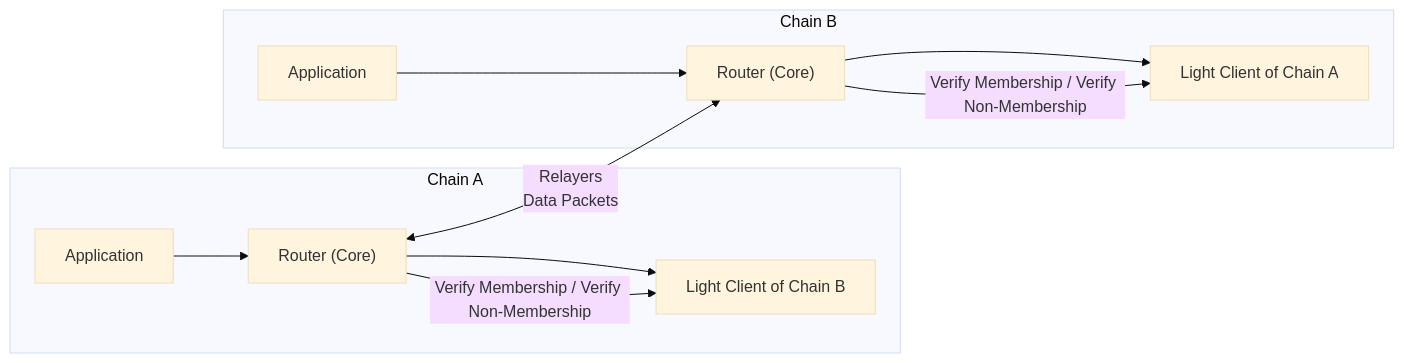
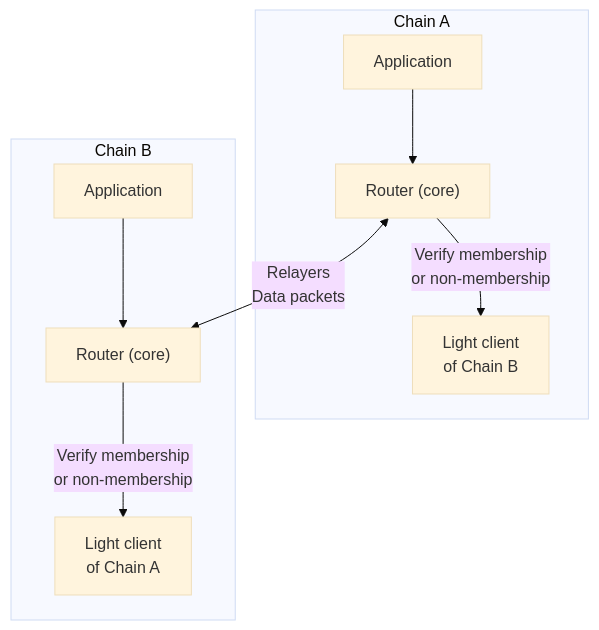
The diagram in app/learn/features/bridging/ibc/page.mdx (celestiaorg/docs), drawn with Mermaid (base theme) before and after one commit. The commit also changed 3 other files, not shown here.

Commit message:
docs: improve Mermaid diagram layout and readability

````diff
--- a/app/learn/features/bridging/ibc/page.mdx
+++ b/app/learn/features/bridging/ibc/page.mdx
@@ -25,30 +25,28 @@
 ```mermaid
-flowchart LR
+flowchart TB
 
     %% --- Chain A ---
     subgraph ChainA["Chain A"]
         A_App["Application"]
-        A_Router["Router (Core)"]
-        A_Light["Light Client of Chain B"]
+        A_Router["Router (core)"]
+        A_Light["Light client<br/>of Chain B"]
     end
 
     %% --- Chain B ---
     subgraph ChainB["Chain B"]
         B_App["Application"]
-        B_Router["Router (Core)"]
-        B_Light["Light Client of Chain A"]
+        B_Router["Router (core)"]
+        B_Light["Light client<br/>of Chain A"]
     end
 
     %% Internal flows (Chain A)
     A_App --> A_Router
-    A_Router --> A_Light
-    A_Router -->|Verify Membership / Verify Non-Membership| A_Light
+    A_Router -->|Verify membership<br/>or non-membership| A_Light
 
     %% Internal flows (Chain B)
     B_App --> B_Router
-    B_Router --> B_Light
-    B_Router -->|Verify Membership / Verify Non-Membership| B_Light
+    B_Router -->|Verify membership<br/>or non-membership| B_Light
 
     %% Cross-chain relayer packets
-    A_Router <-->|Relayers<br/>Data Packets| B_Router
+    A_Router <-->|Relayers<br/>Data packets| B_Router
 ```
````
